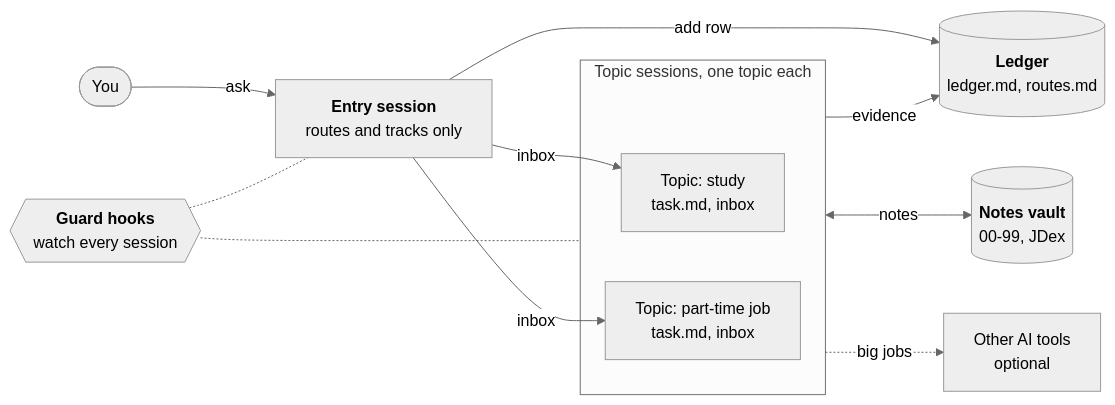
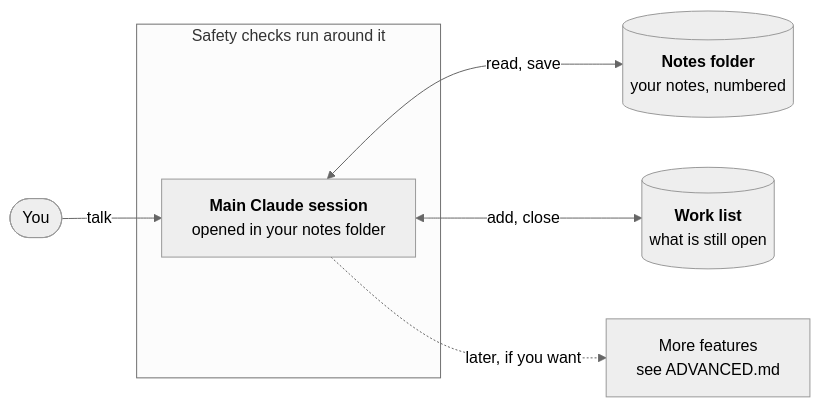
One commit to 0Smallcat0/second-brain-kit changed the diagram in README.md. Above: the diagram before and after it, drawn with Mermaid (neutral theme). The commit also changed other lines of this file and 39 other files, not shown here.

````diff
--- a/README.md
+++ b/README.md
@@ -52,16 +43,10 @@
 ```mermaid
 flowchart LR
-  You(["You"]) -->|ask| Entry["<b>Entry session</b><br/>routes and tracks only"]
-  Entry -->|add row| Ledger[("<b>Ledger</b><br/>ledger.md, routes.md")]
-  subgraph Topics["Topic sessions, one topic each"]
-    TA["Topic: study<br/>task.md, inbox"]
-    TB["Topic: part-time job<br/>task.md, inbox"]
+  You(["You"]) -->|talk| Main
+  subgraph Checks["Safety checks run around it"]
+    Main["<b>Main Claude session</b><br/>opened in your notes folder"]
   end
-  Entry -->|inbox| TA
-  Entry -->|inbox| TB
-  Topics -->|evidence| Ledger
-  Topics <-->|notes| Vault[("<b>Notes vault</b><br/>00-99, JDex")]
-  Topics -.->|big jobs| Tools["Other AI tools<br/>optional"]
-  Hooks{{"<b>Guard hooks</b><br/>watch every session"}} -.- Entry
-  Hooks -.- Topics
+  Main <-->|read, save| Notes[("<b>Notes folder</b><br/>your notes, numbered")]
+  Main <-->|add, close| Work[("<b>Work list</b><br/>what is still open")]
+  Main -.->|later, if you want| Adv["More features<br/>see ADVANCED.md"]
 ```
````
